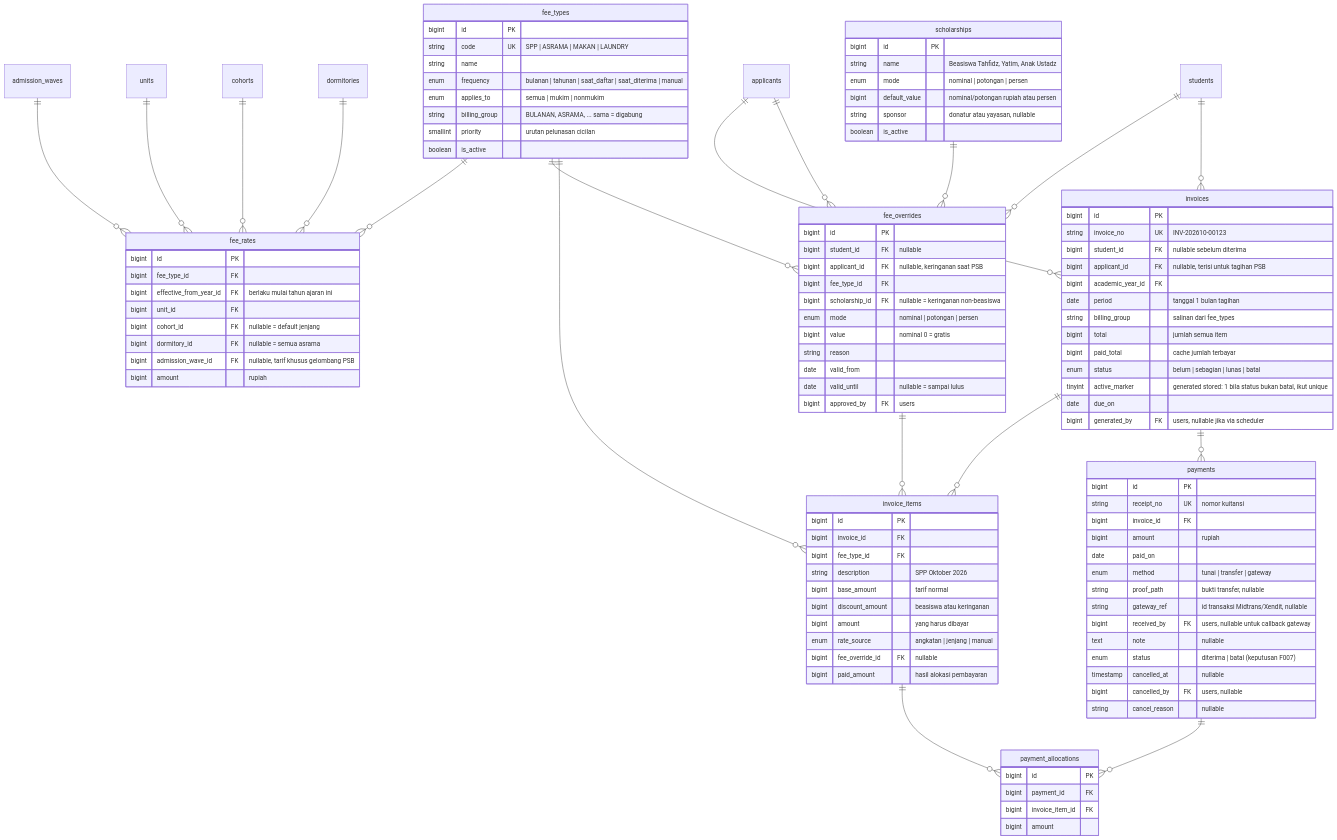
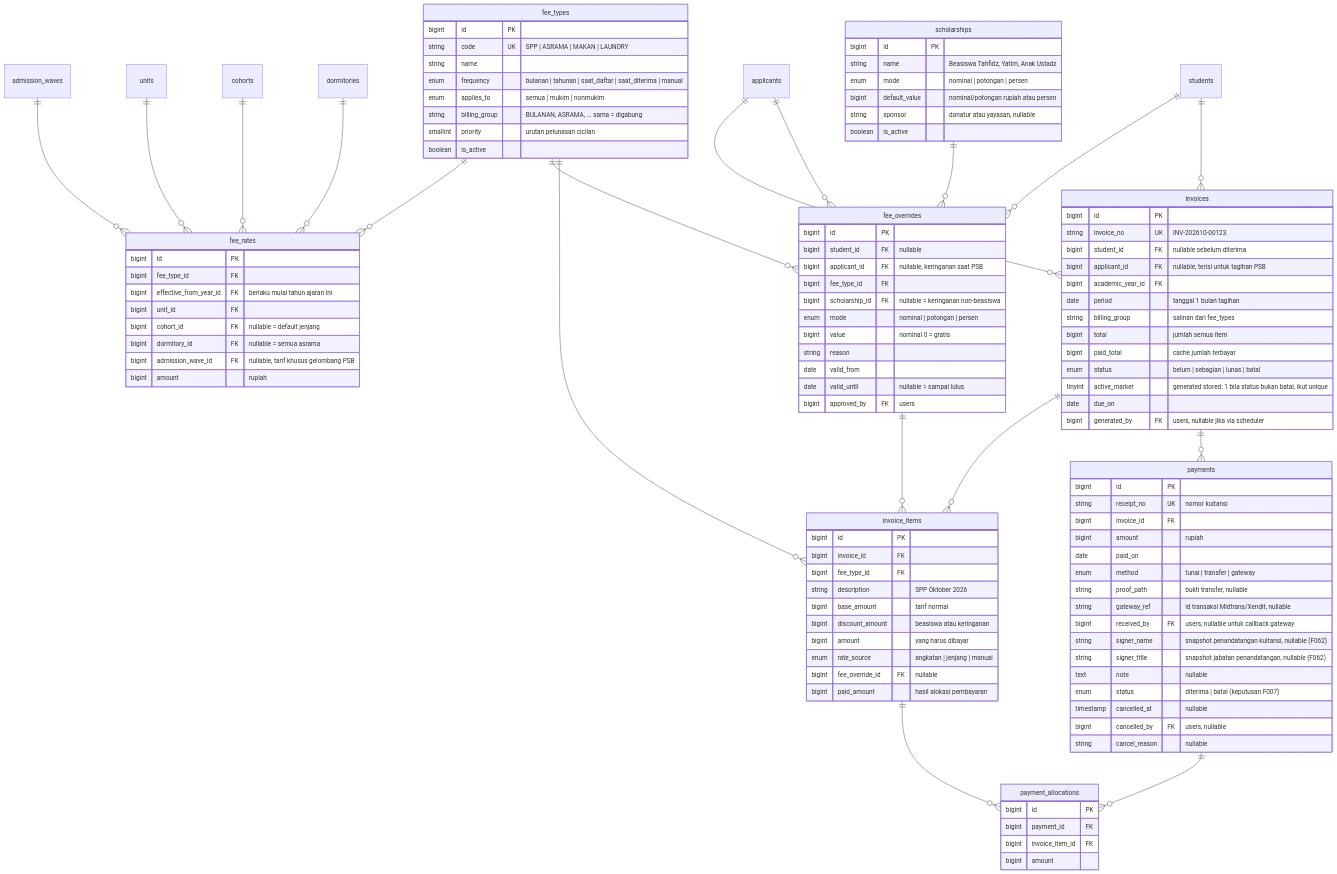
One commit to dankedev/pondok changed the ninth of 11 diagrams in docs/erd.md. Above: the diagram before and after it, drawn with Mermaid. The commit also changed other lines of this file and 1 other file, not shown here.

Commit message:
docs(keuangan): dokumentasikan penandatangan kuitansi di ERD dan rencana
Refs #31

```diff
--- a/docs/erd.md
+++ b/docs/erd.md
@@ -701,6 +701,8 @@
     string proof_path "bukti transfer, nullable"
     string gateway_ref "id transaksi Midtrans/Xendit, nullable"
     bigint received_by FK "users, nullable untuk callback gateway"
+    string signer_name "snapshot penandatangan kuitansi, nullable (F062)"
+    string signer_title "snapshot jabatan penandatangan, nullable (F062)"
     text note "nullable"
     enum status "diterima | batal (keputusan F007)"
     timestamp cancelled_at "nullable"
```
